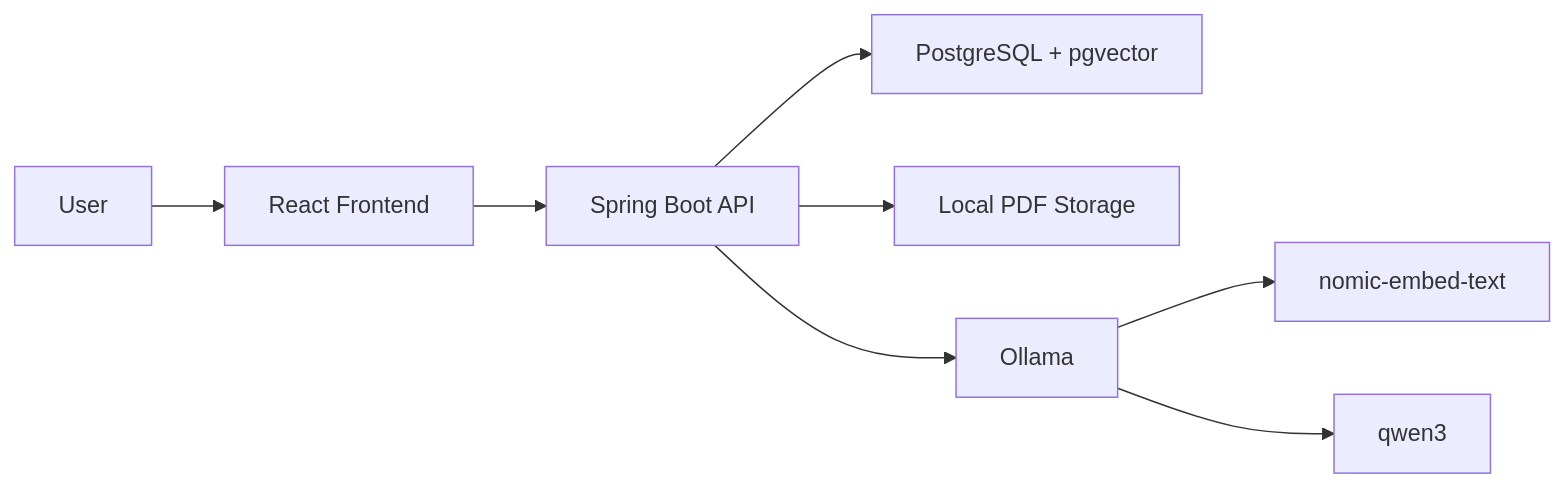
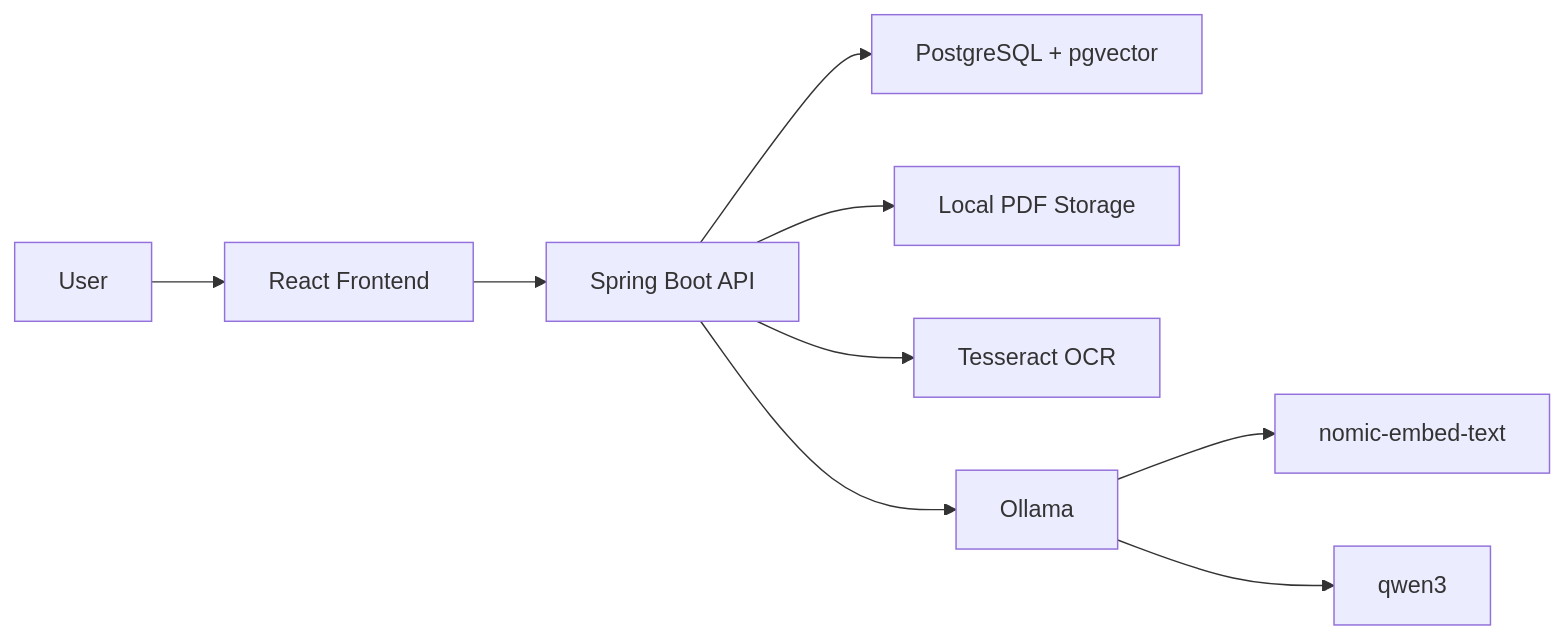
The diagram in README.md (peprick/pdf-assistant), drawn with Mermaid before and after one commit. The commit also changed other lines of this file and 7 other files, not shown here.

````diff
--- a/README.md
+++ b/README.md
@@ -34,10 +36,11 @@
 ```mermaid
 flowchart LR
     User["User"] --> Frontend["React Frontend"]
     Frontend --> Backend["Spring Boot API"]
     Backend --> Postgres["PostgreSQL + pgvector"]
     Backend --> Uploads["Local PDF Storage"]
+    Backend --> OCR["Tesseract OCR"]
     Backend --> Ollama["Ollama"]
     Ollama --> Embed["nomic-embed-text"]
     Ollama --> Chat["qwen3"]
 ```
````
